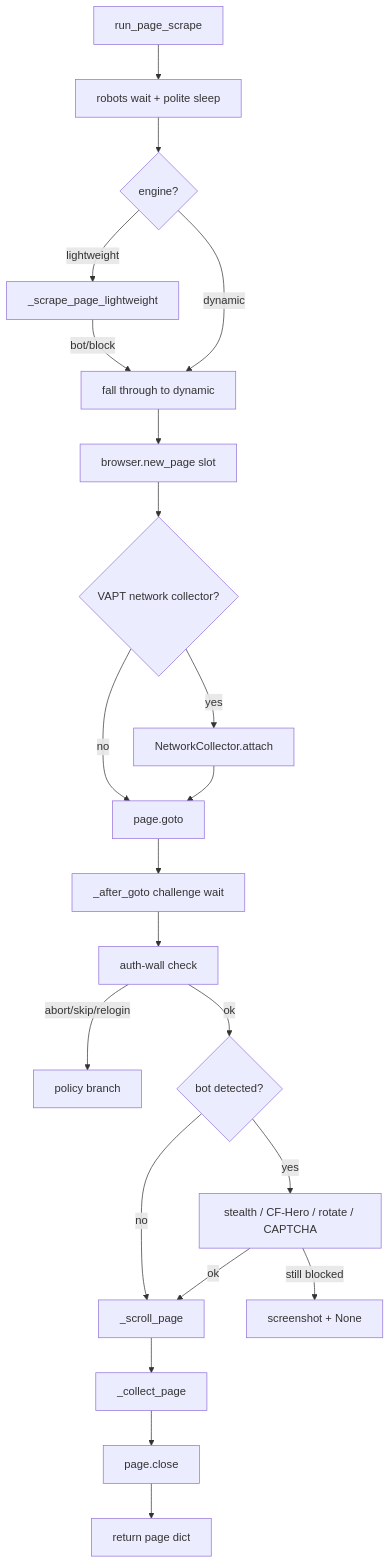
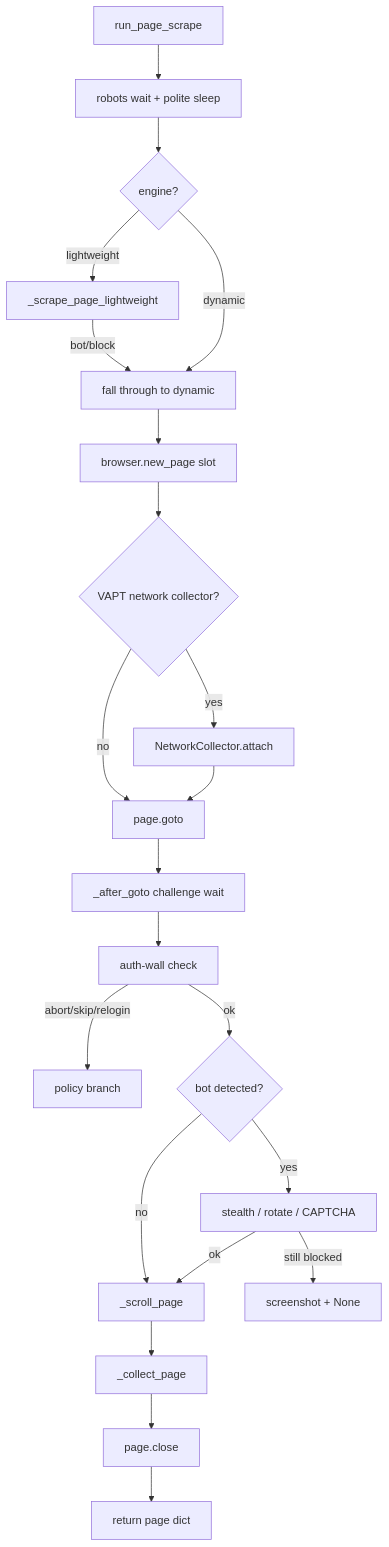
One commit to Shellghostt/WebVac changed the third of 7 diagrams in docs/architecture/CRAWL.md. Above: the diagram before and after it, drawn with Mermaid. The commit also changed other lines of this file and 13 other files, not shown here.

````diff
--- a/docs/architecture/CRAWL.md
+++ b/docs/architecture/CRAWL.md
@@ -67,24 +67,24 @@
 ```mermaid
 flowchart TD
   Start[run_page_scrape] --> Delay[robots wait + polite sleep]
   Delay --> Engine{engine?}
   Engine -->|lightweight| LW[_scrape_page_lightweight]
   LW -->|bot/block| Dyn[fall through to dynamic]
   Engine -->|dynamic| Dyn
   Dyn --> Page[browser.new_page slot]
   Page --> Net{VAPT network collector?}
   Net -->|yes| Attach[NetworkCollector.attach]
   Net -->|no| Goto
   Attach --> Goto[page.goto]
   Goto --> After[_after_goto challenge wait]
   After --> AuthW[auth-wall check]
   AuthW -->|abort/skip/relogin| AuthOut[policy branch]
   AuthW -->|ok| Bot{bot detected?}
-  Bot -->|yes| Evade[stealth / CF-Hero / rotate / CAPTCHA]
+  Bot -->|yes| Evade[stealth / rotate / CAPTCHA]
   Bot -->|no| Scroll[_scroll_page]
   Evade -->|still blocked| Fail[screenshot + None]
   Evade -->|ok| Scroll
   Scroll --> Collect[_collect_page]
   Collect --> Close[page.close]
   Close --> Ret[return page dict]
 ```
````
